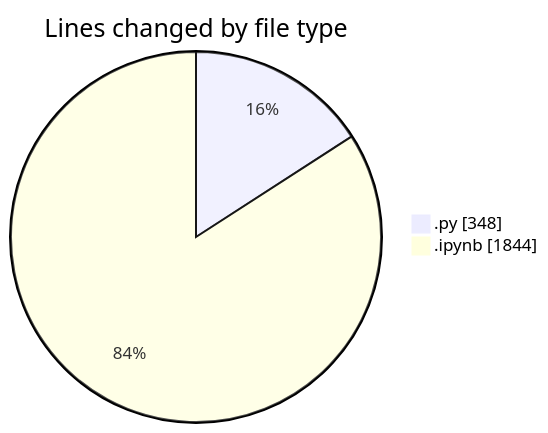
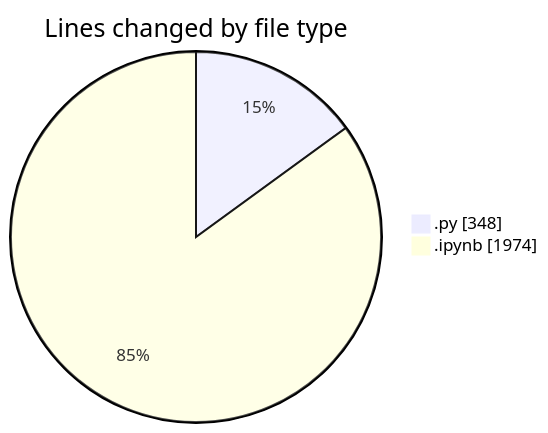
Before and after one commit to MatusMokan/code-tracking: the first of 2 diagrams in 2025-03-21/myws__workspace_/README.md, drawn with Mermaid. The commit also changed other lines of this file and 1 other file, not shown here.

````diff
--- a/2025-03-21/myws__workspace_/README.md
+++ b/2025-03-21/myws__workspace_/README.md
@@ -21,6 +21,6 @@
 ```mermaid
 pie showData
 title Lines changed by file type
 ".py" : 348
-".ipynb" : 1844
+".ipynb" : 1974
 ```
````
